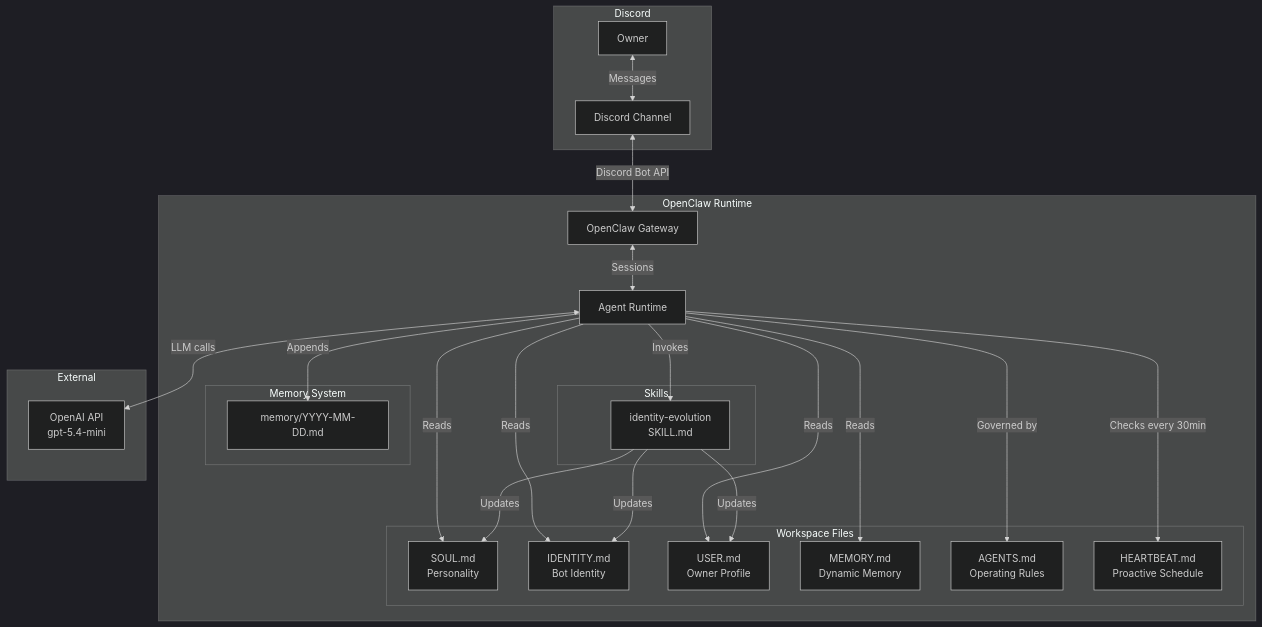
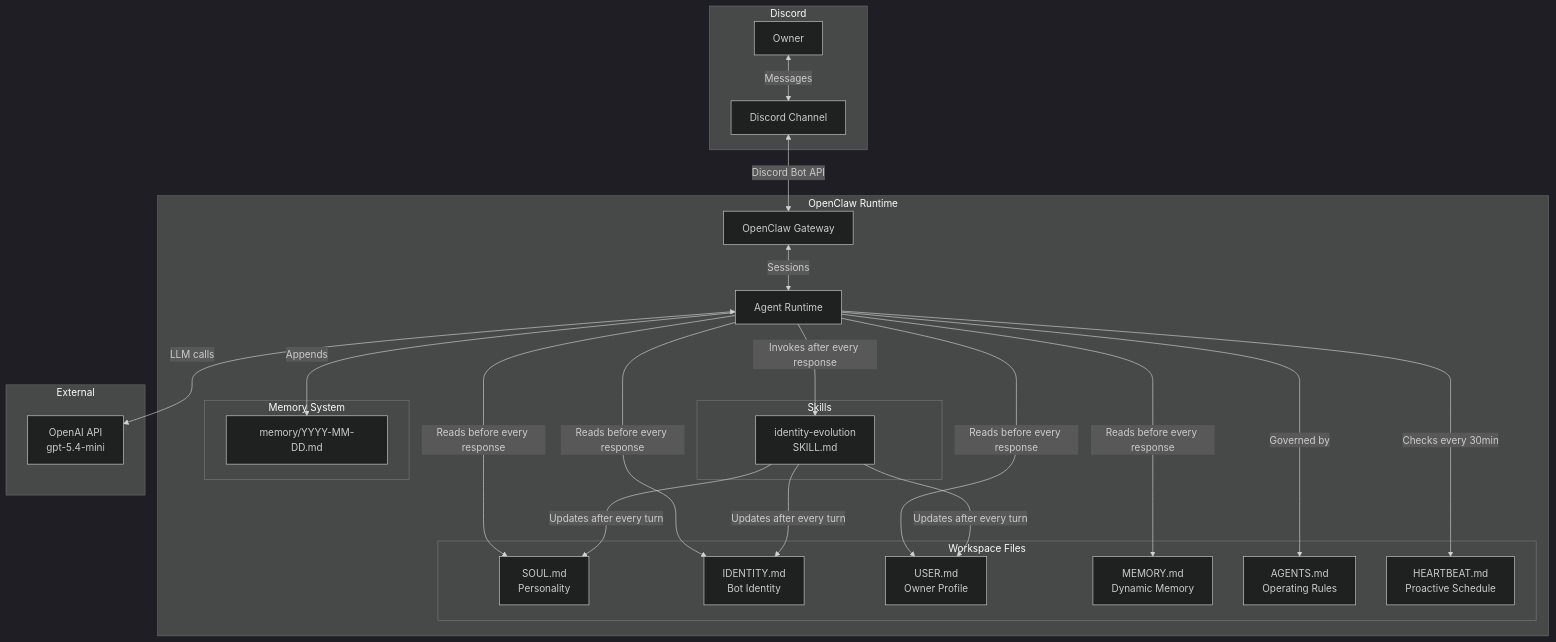
Before and after one commit to z75zhu/project-assistant: the diagram in README.md, drawn with Mermaid (dark theme). The commit also changed other lines of this file and 32 other files, not shown here.

````diff
--- a/README.md
+++ b/README.md
@@ -40,44 +48,44 @@
 ```mermaid
 graph TB
     subgraph Discord
         Owner[Owner]
         Channel[Discord Channel]
     end
 
     subgraph OpenClaw Runtime
         Gateway[OpenClaw Gateway]
         Agent[Agent Runtime]
 
         subgraph Workspace Files
             SOUL[SOUL.md<br/>Personality]
             IDENTITY[IDENTITY.md<br/>Bot Identity]
             USER[USER.md<br/>Owner Profile]
             MEMORY[MEMORY.md<br/>Dynamic Memory]
             AGENTS[AGENTS.md<br/>Operating Rules]
             HEARTBEAT[HEARTBEAT.md<br/>Proactive Schedule]
         end
 
         subgraph Skills
             IES[identity-evolution<br/>SKILL.md]
         end
 
         subgraph Memory System
             DailyLogs[memory/YYYY-MM-DD.md]
         end
     end
 
     subgraph External
         LLM[OpenAI API<br/>gpt-5.4-mini]
     end
 
     Owner <-->|Messages| Channel
     Channel <-->|Discord Bot API| Gateway
     Gateway <-->|Sessions| Agent
-    Agent -->|Reads| SOUL & IDENTITY & USER & MEMORY
+    Agent -->|Reads before every response| SOUL & IDENTITY & USER & MEMORY
     Agent -->|Governed by| AGENTS
     Agent -->|Checks every 30min| HEARTBEAT
-    Agent -->|Invokes| IES
-    IES -->|Updates| SOUL & IDENTITY & USER
+    Agent -->|Invokes after every response| IES
+    IES -->|Updates after every turn| SOUL & IDENTITY & USER
     Agent -->|Appends| DailyLogs
     Agent <-->|LLM calls| LLM
 ```
````
